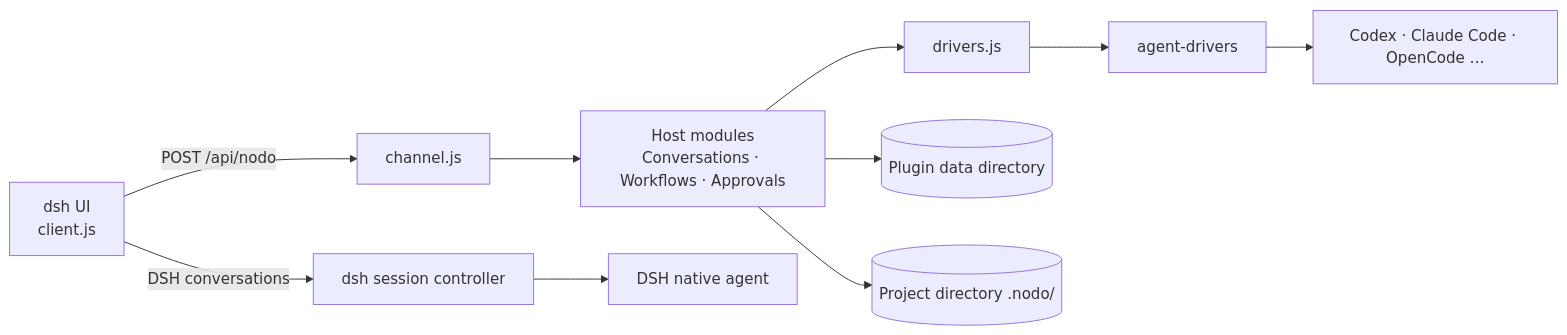
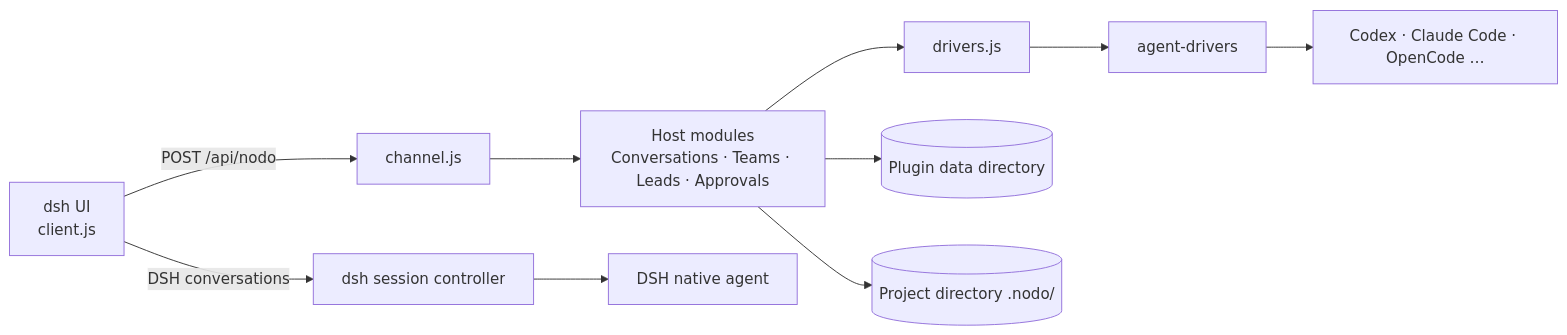
One commit to waikoeng234/Nodo changed the diagram in docs/architecture.md. Above: the diagram before and after it, drawn with Mermaid. The commit also changed other lines of this file and 71 other files, not shown here.

````diff
--- a/docs/architecture.md
+++ b/docs/architecture.md
@@ -13,12 +13,12 @@
 ```mermaid
 flowchart LR
     UI[dsh UI<br/>client.js] -->|DSH conversations| S[dsh session controller]
     UI -->|POST /api/nodo| C[channel.js]
-    C --> H[Host modules<br/>Conversations · Workflows · Approvals]
+    C --> H[Host modules<br/>Conversations · Teams · Leads · Approvals]
     S --> ESH[DSH native agent]
     H --> D[drivers.js]
     D --> AD[agent-drivers]
     AD --> E[Codex · Claude Code · OpenCode …]
     H --> F[(Plugin data directory)]
     H --> P[(Project directory .nodo/)]
 ```
````
